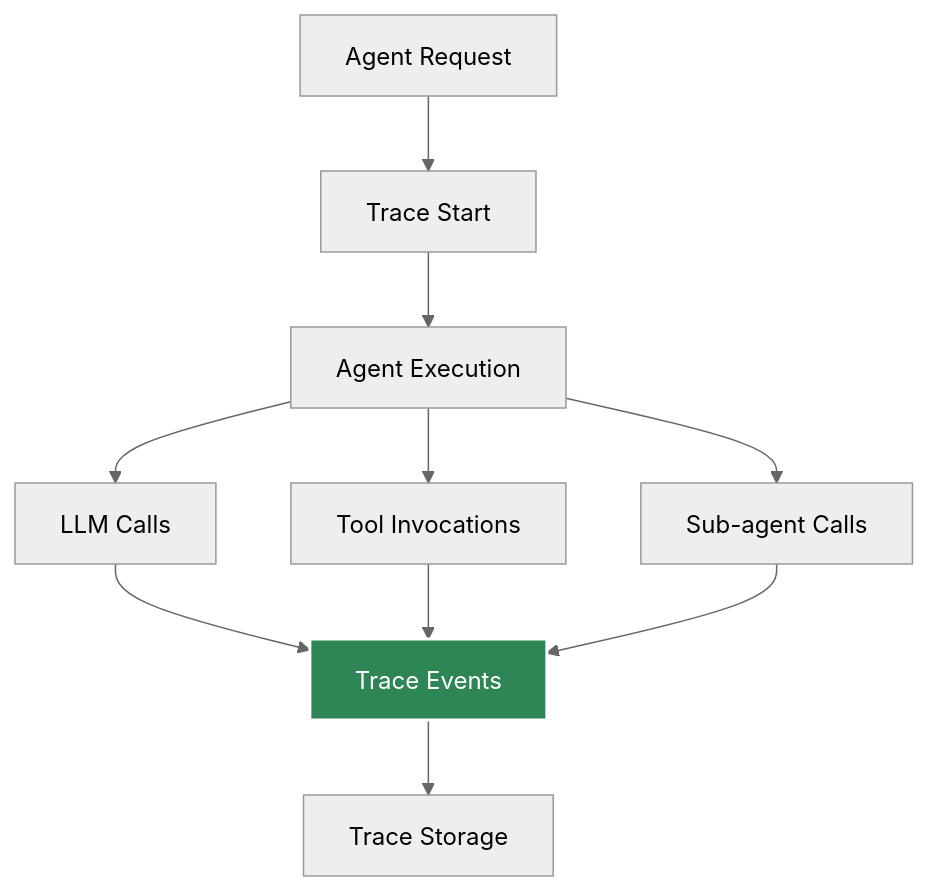
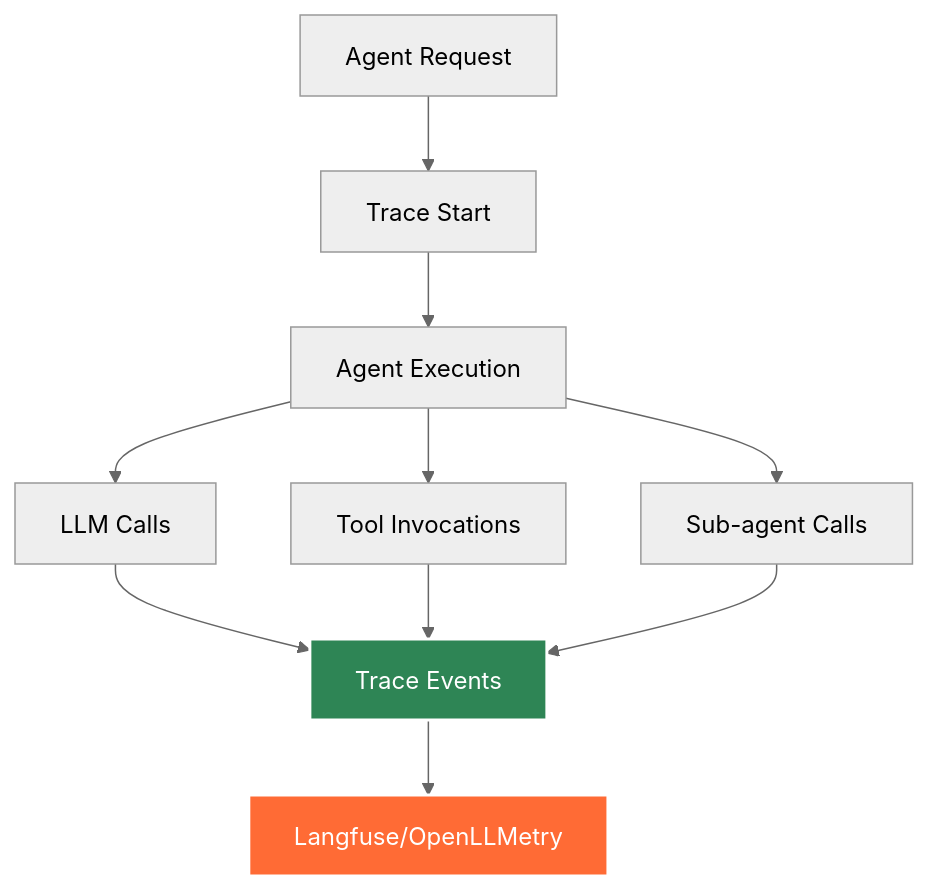
The diagram in docs/docs/advanced/traceability.md (yaalalabs/agent-kernel), drawn with Mermaid (neutral theme) before and after one commit. The commit also changed other lines of this file and 34 other files, not shown here.

````diff
--- a/docs/docs/advanced/traceability.md
+++ b/docs/docs/advanced/traceability.md
@@ -15,14 +13,15 @@
 ```mermaid
 graph TB
     A[Agent Request] --> B[Trace Start]
     B --> C[Agent Execution]
     C --> D[LLM Calls]
     C --> E[Tool Invocations]
     C --> F[Sub-agent Calls]
     D --> G[Trace Events]
     E --> G
     F --> G
-    G --> H[Trace Storage]
+    G --> H[Langfuse/OpenLLMetry]
     
     style G fill:#2e8555,stroke:#fff,stroke-width:2px,color:#fff
+    style H fill:#ff6b35,stroke:#fff,stroke-width:2px,color:#fff
 ```
````
